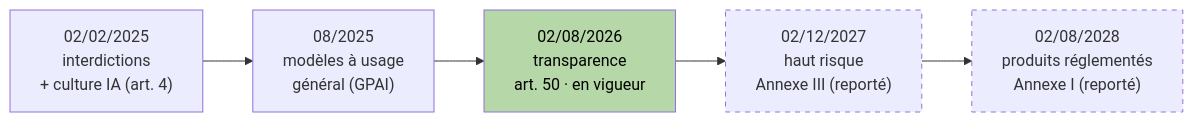
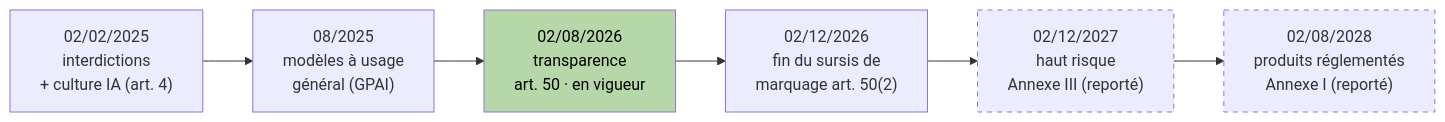
The second of 3 diagrams in 09-reglementation-ia.md (DiginamicAcademy/cours-ia-dev-conception-tests), drawn with Mermaid before and after one commit. The commit also changed other lines of this file and 3 other files, not shown here.

````diff
--- a/09-reglementation-ia.md
+++ b/09-reglementation-ia.md
@@ -46,10 +46,11 @@
 ```mermaid
 flowchart LR
     A["02/02/2025<br/>interdictions<br/>+ culture IA (art. 4)"] --> B["08/2025<br/>modèles à usage<br/>général (GPAI)"]
     B --> C["02/08/2026<br/>transparence<br/>art. 50 · en vigueur"]
-    C --> D["02/12/2027<br/>haut risque<br/>Annexe III (reporté)"]
+    C --> F["02/12/2026<br/>fin du sursis de<br/>marquage art. 50(2)"]
+    F --> D["02/12/2027<br/>haut risque<br/>Annexe III (reporté)"]
     D --> E["02/08/2028<br/>produits réglementés<br/>Annexe I (reporté)"]
     style C fill:#b6d7a8,color:#000
     style D stroke-dasharray: 5 5
     style E stroke-dasharray: 5 5
 ```
````
